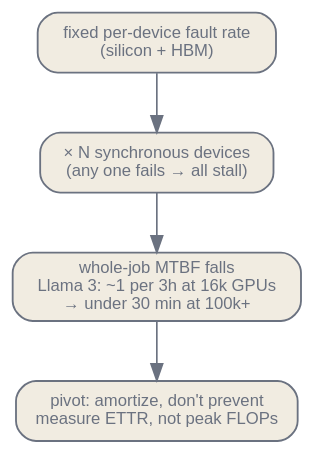
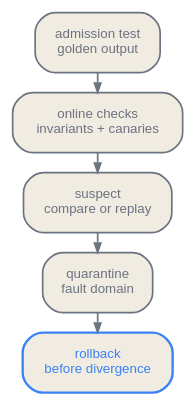
The fourth of 5 diagrams in en/infrastructure/08-the-machine-that-breaks.qmd (latere-ai/ai-as-an-infrastructure), drawn with Graphviz before and after one commit. The commit also changed other lines of this file and 3 other files, not shown here.

````diff
--- a/en/infrastructure/08-the-machine-that-breaks.qmd
+++ b/en/infrastructure/08-the-machine-that-breaks.qmd
@@ -37,17 +293,16 @@
 ```{dot}
-//| label: fig-machine-mtbf
-//| fig-cap: "Why the steady state is failure. A fixed per-device fault rate times a synchronous job of N devices drives the whole-job mean-time-between-failures below the recovery time, so the discipline shifts from preventing failures to amortizing them. The Llama 3 405B run is the public anchor."
+//| label: fig-machine-sdc
+//| fig-cap: "A silent-corruption path needs a trusted comparison and a rollback boundary. Monitoring alone does not identify the first corrupted state."
 digraph {
-  bgcolor="transparent";
-  rankdir=TB;
-  nodesep=0.4; ranksep=0.5;
-  node [shape=box, style="rounded,filled", fontname="Helvetica", fontsize=10, color="#6b7280", fontcolor="#6b7280", fillcolor="#f1ece1", penwidth=1.1];
-  edge [fontsize=10, fontname="Helvetica", color="#6b7280", fontcolor="#6b7280"];
-
-  dev [label="fixed per-device fault rate\n(silicon + HBM)"];
-  n [label="× N synchronous devices\n(any one fails → all stall)"];
-  mtbf [label="whole-job MTBF falls\nLlama 3: ~1 per 3h at 16k GPUs\n→ under 30 min at 100k+"];
-  pivot [label="pivot: amortize, don't prevent\nmeasure ETTR, not peak FLOPs"];
-  dev -> n -> mtbf -> pivot;
+  bgcolor="transparent"; rankdir=TB;
+  nodesep=0.13; ranksep=0.17;
+  node [shape=box, style="rounded,filled", fontname="Helvetica", fontsize=8, margin="0.10,0.06", color="#6b7280", fontcolor="#6b7280", fillcolor="#f1ece1"];
+  edge [color="#6b7280", arrowsize=0.55];
+  admit [label="admission test\ngolden output"];
+  watch [label="online checks\ninvariants + canaries"];
+  compare [label="suspect\ncompare or replay"];
+  quarantine [label="quarantine\nfault domain"];
+  rollback [label="rollback\nbefore divergence", color="#3b82f6", fontcolor="#3b82f6", penwidth=1.4];
+  admit -> watch -> compare -> quarantine -> rollback;
 }
 ```
````
